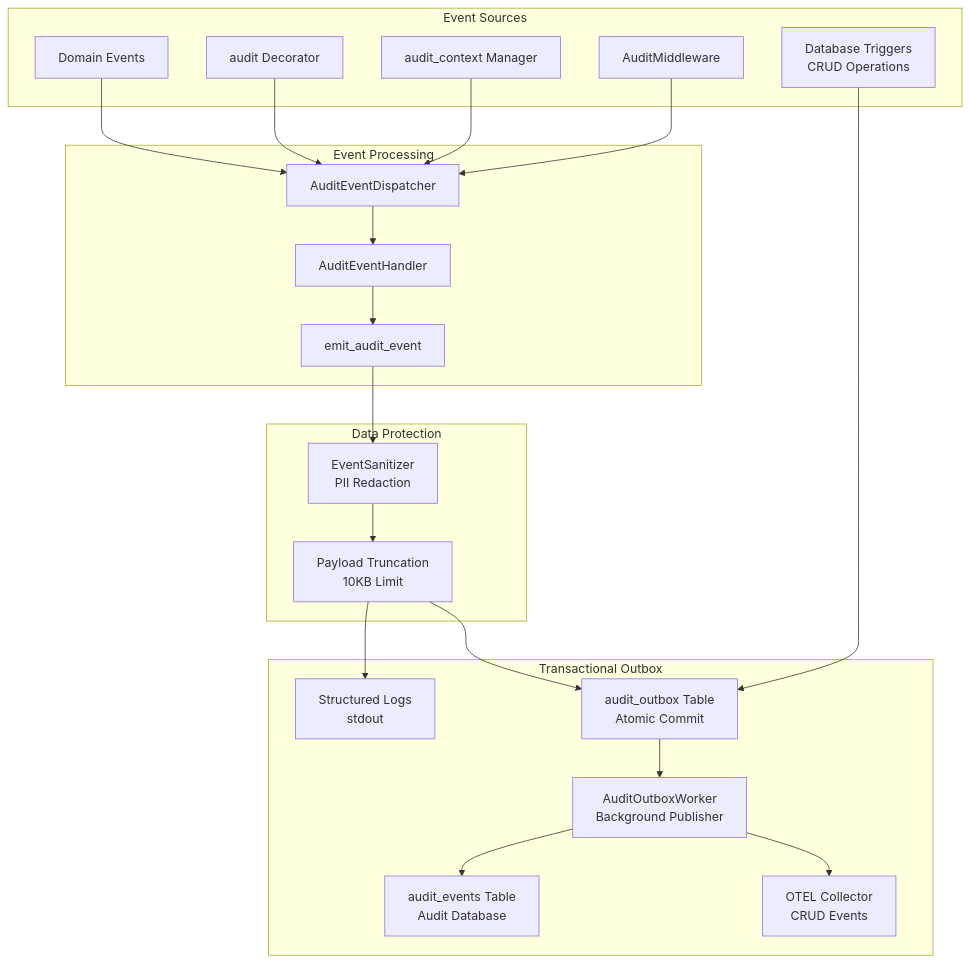
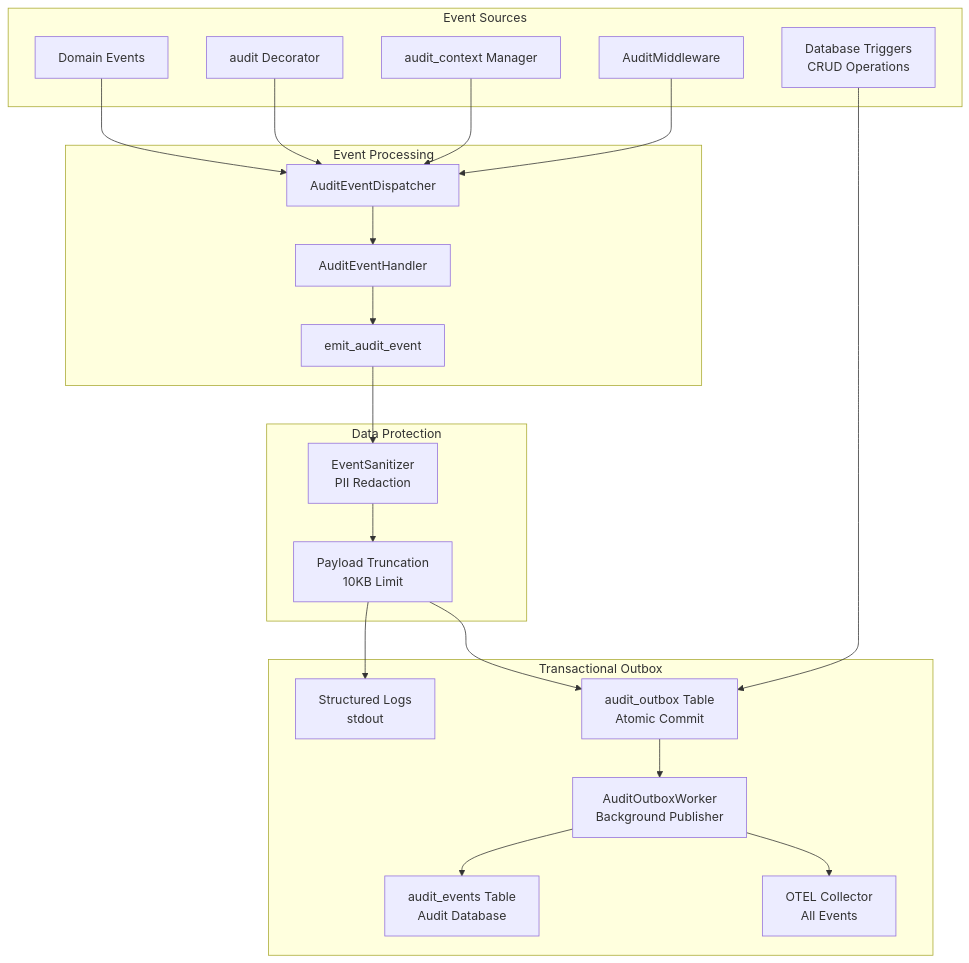
The first of 8 diagrams in docs/audit.md (alinabuzachis/syntara), drawn with Mermaid before and after one commit. The commit also changed other lines of this file and 2 other files, not shown here.

Commit message:
feat: AAP-78279: Route all AuditEvents to OTEL collector (#1269)

````diff
--- a/docs/audit.md
+++ b/docs/audit.md
@@ -40,44 +40,44 @@
 ```mermaid
 graph TB
     subgraph "Event Sources"
         A1[Domain Events]
         A2[audit Decorator]
         A3[audit_context Manager]
         A4[AuditMiddleware]
         A5[Database Triggers<br/>CRUD Operations]
     end
 
     subgraph "Event Processing"
         B1[AuditEventDispatcher]
         B2[AuditEventHandler]
         B3[emit_audit_event]
     end
 
     subgraph "Data Protection"
         C1[EventSanitizer<br/>PII Redaction]
         C2[Payload Truncation<br/>10KB Limit]
     end
 
     subgraph "Transactional Outbox"
         D1[Structured Logs<br/>stdout]
         D2[audit_outbox Table<br/>Atomic Commit]
         D3[AuditOutboxWorker<br/>Background Publisher]
         D4[audit_events Table<br/>Audit Database]
-        D5[OTEL Collector<br/>CRUD Events]
+        D5[OTEL Collector<br/>All Events]
     end
 
     A1 --> B1
     A2 --> B1
     A3 --> B1
     A4 --> B1
     A5 --> D2
     B1 --> B2
     B2 --> B3
     B3 --> C1
     C1 --> C2
     C2 --> D1
     C2 --> D2
     D2 --> D3
     D3 --> D4
     D3 --> D5
 ```
````
